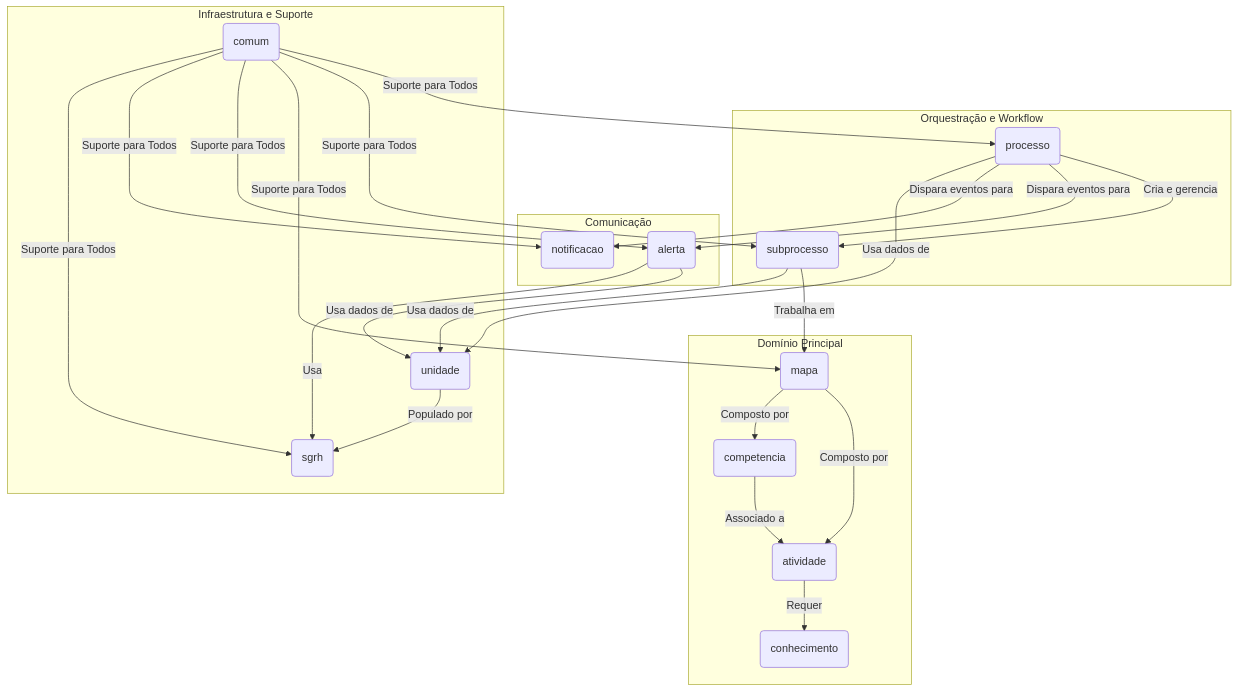
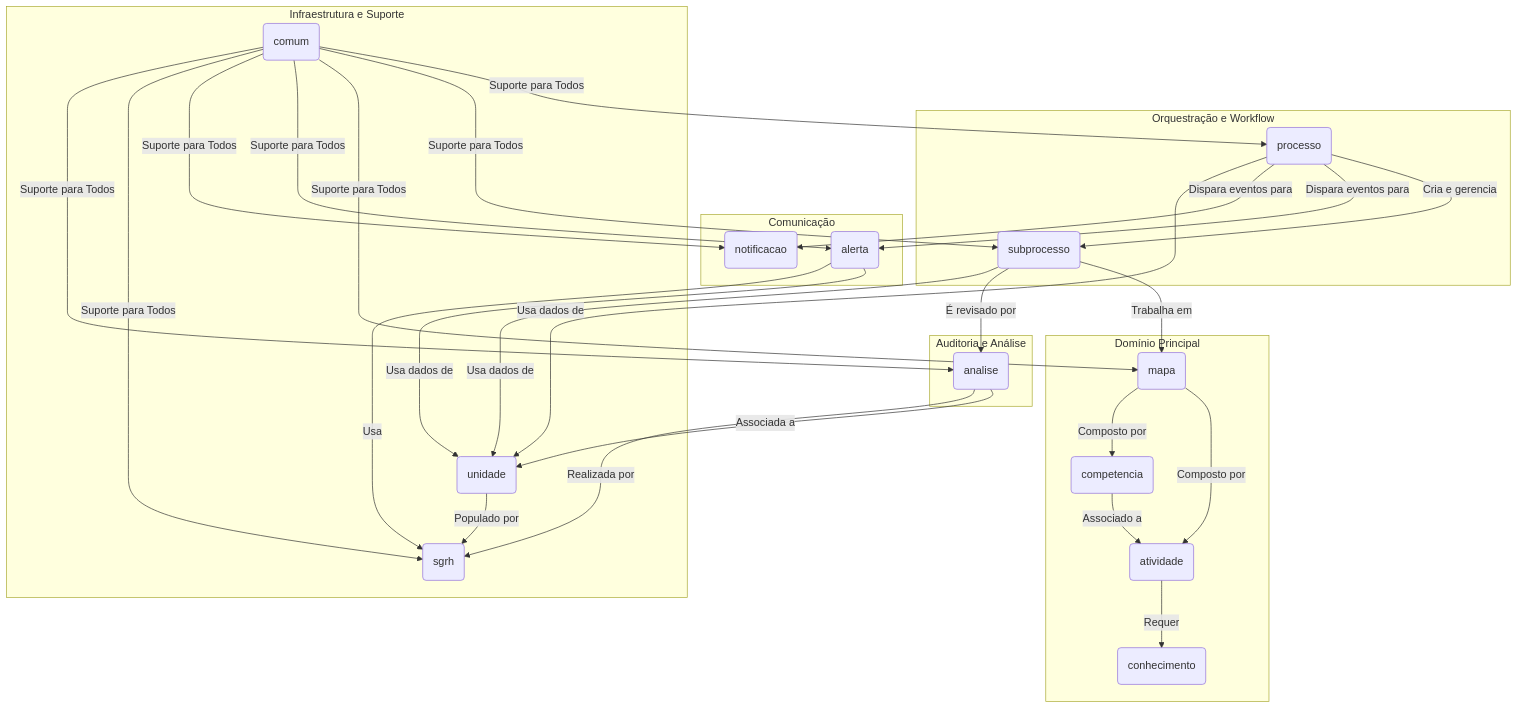
The diagram in backend/README.md (lgalvao/sgc), drawn with Mermaid before and after one commit. The commit also changed other lines of this file and 9 other files, not shown here.

````diff
--- a/backend/README.md
+++ b/backend/README.md
@@ -9,49 +9,58 @@
 ```mermaid
 graph TD
     subgraph "Orquestração e Workflow"
         P(processo)
         SP(subprocesso)
     end
 
     subgraph "Domínio Principal"
         M(mapa)
         A(atividade)
         C(competencia)
         K(conhecimento)
     end
 
     subgraph "Comunicação"
         AL(alerta)
         N(notificacao)
     end
 
     subgraph "Infraestrutura e Suporte"
         S(sgrh)
         U(unidade)
         CM(comum)
     end
 
+    subgraph "Auditoria e Análise"
+        AN(analise)
+    end
+
     P -- Cria e gerencia --> SP
     SP -- Trabalha em --> M
+    SP -- É revisado por --> AN
+
     M -- Composto por --> A
     M -- Composto por --> C
     C -- Associado a --> A
     A -- Requer --> K
 
     P -- Dispara eventos para --> AL
     P -- Dispara eventos para --> N
 
     P -- Usa dados de --> U
     SP -- Usa dados de --> U
     AL -- Usa dados de --> U
+    AN -- Associada a --> U
 
     U -- Populado por --> S
     AL -- Usa --> S
+    AN -- Realizada por --> S
 
     CM -- Suporte para Todos --> P
     CM -- Suporte para Todos --> SP
     CM -- Suporte para Todos --> M
     CM -- Suporte para Todos --> AL
     CM -- Suporte para Todos --> N
     CM -- Suporte para Todos --> S
+    CM -- Suporte para Todos --> AN
 ```
````
